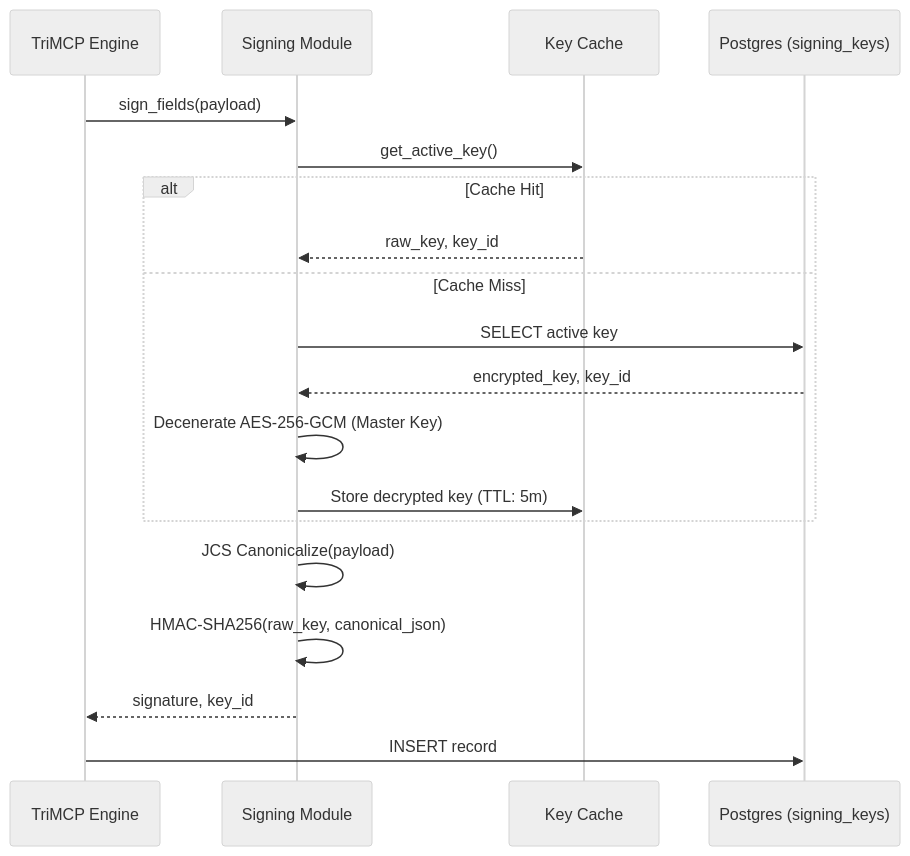
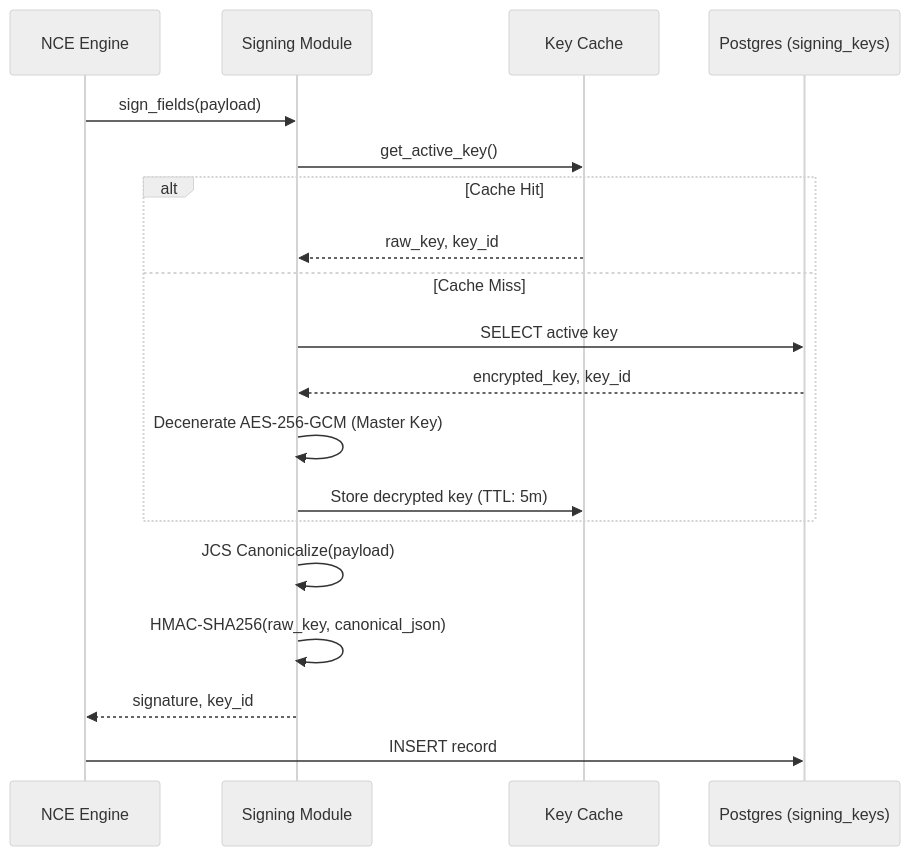
One commit to sindrehaugen/TriMCP changed the diagram in docs/signing.md. Above: the diagram before and after it, drawn with Mermaid (neutral theme). The commit also changed other lines of this file and 498 other files, not shown here.

First line of the commit message:
Rebrand TriMCP → NCE (Neuro-Cognitive Engine) Phase 1

````diff
--- a/docs/signing.md
+++ b/docs/signing.md
@@ -11,24 +11,24 @@
 ```mermaid
 sequenceDiagram
-    participant Engine as TriMCP Engine
+    participant Engine as NCE Engine
     participant Signing as Signing Module
     participant Cache as Key Cache
     participant DB as Postgres (signing_keys)
 
     Engine->>Signing: sign_fields(payload)
     Signing->>Cache: get_active_key()
     
     alt Cache Hit
         Cache-->>Signing: raw_key, key_id
     else Cache Miss
         Signing->>DB: SELECT active key
         DB-->>Signing: encrypted_key, key_id
         Signing->>Signing: Decenerate AES-256-GCM (Master Key)
         Signing->>Cache: Store decrypted key (TTL: 5m)
     end
 
     Signing->>Signing: JCS Canonicalize(payload)
     Signing->>Signing: HMAC-SHA256(raw_key, canonical_json)
     Signing-->>Engine: signature, key_id
     Engine->>DB: INSERT record
 ```
````
